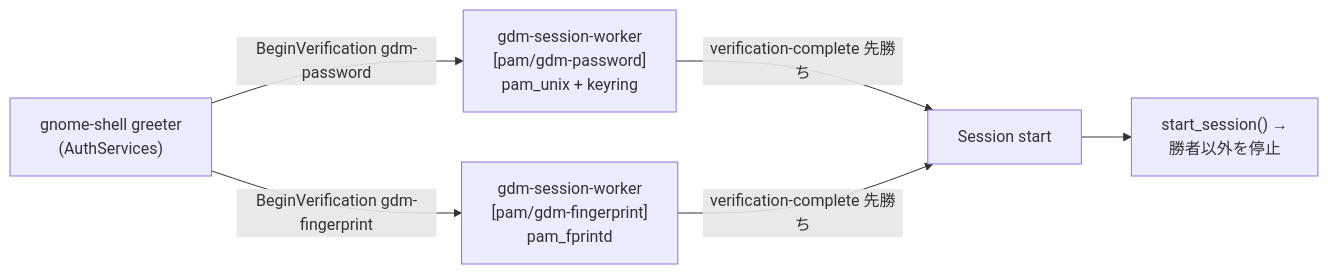
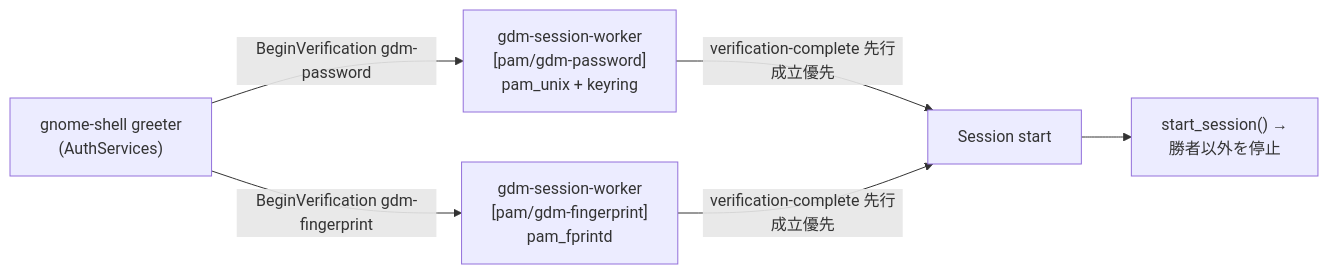
One commit to t3u-tsu/nix-config changed the second of 2 diagrams in docs/research/parallel-auth-architecture.md. Above: the diagram before and after it, drawn with Mermaid. The commit also changed other lines of this file and 72 other files, not shown here.

````diff
--- a/docs/research/parallel-auth-architecture.md
+++ b/docs/research/parallel-auth-architecture.md
@@ -159,9 +163,9 @@
 ```mermaid
 flowchart LR
     GS["gnome-shell greeter<br/>(AuthServices)"]
     GS -->|BeginVerification gdm-password| P["gdm-session-worker<br/>[pam/gdm-password]<br/>pam_unix + keyring"]
     GS -->|BeginVerification gdm-fingerprint| F["gdm-session-worker<br/>[pam/gdm-fingerprint]<br/>pam_fprintd"]
-    P -->|verification-complete 先勝ち| W["Session start"]
-    F -->|verification-complete 先勝ち| W
+    P -->|verification-complete 先行成立優先| W["Session start"]
+    F -->|verification-complete 先行成立優先| W
     W --> K["start_session() →<br/>勝者以外を停止"]
 ```
````
